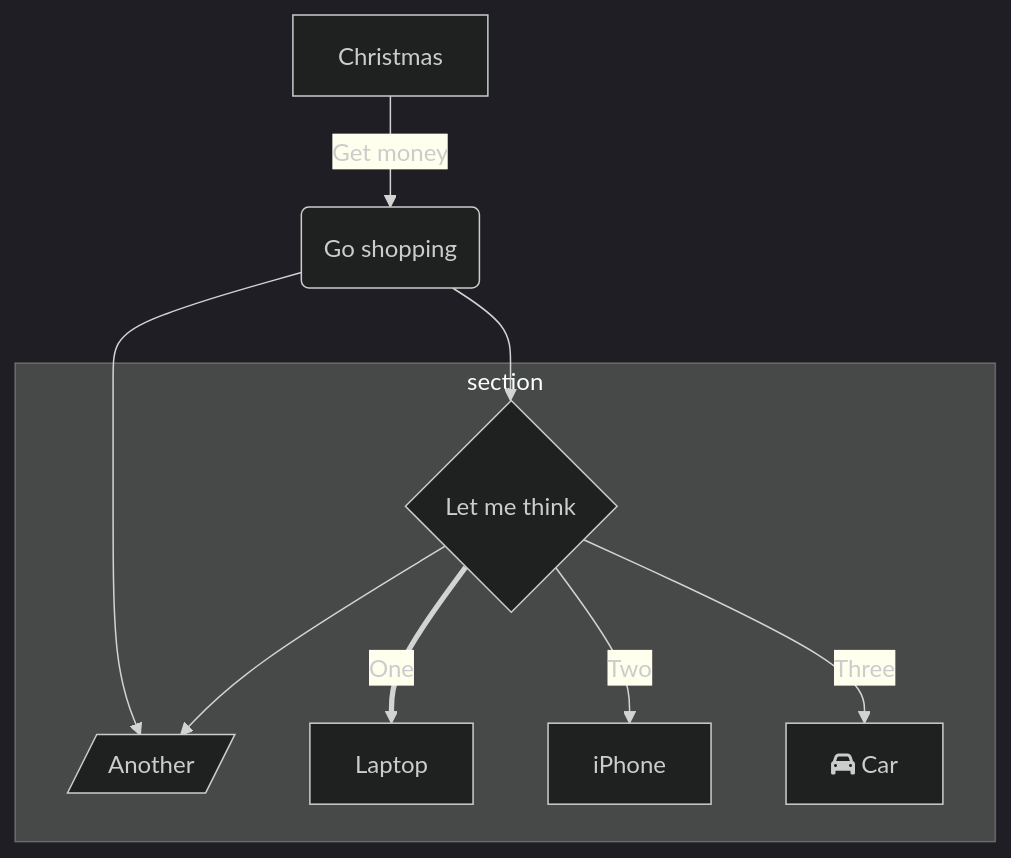
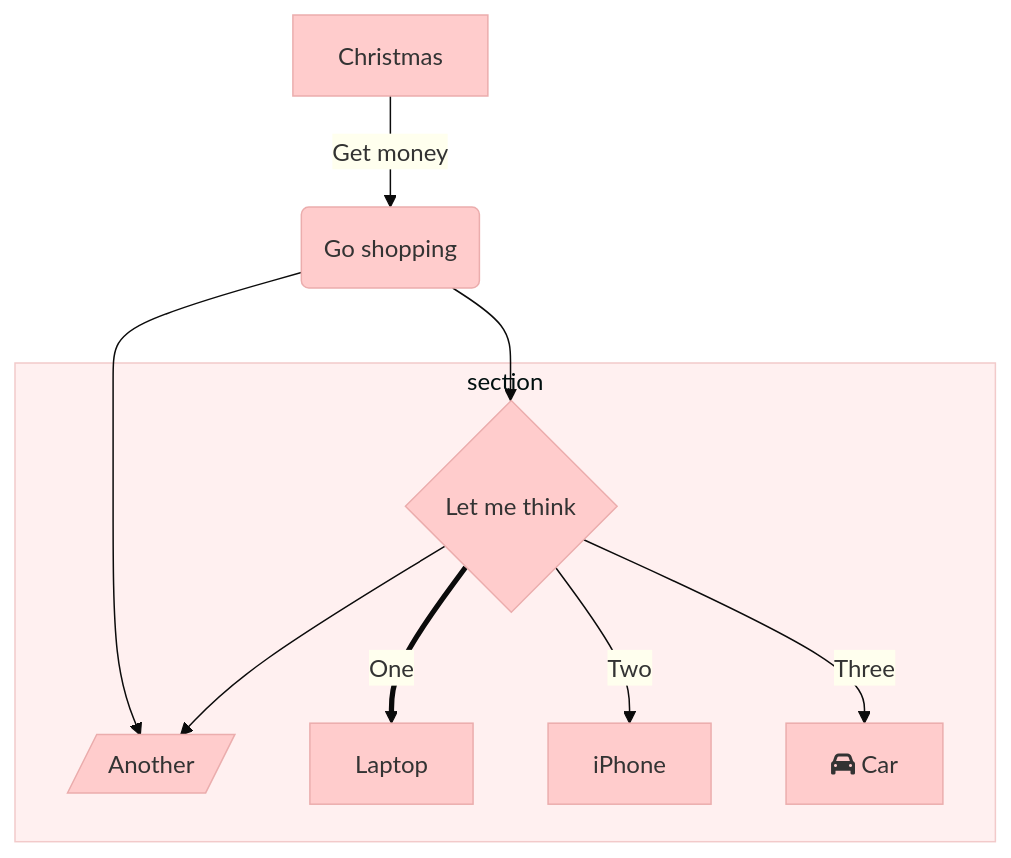
One commit to taontech/www changed the first of 5 diagrams in taon.top/content/post/even-theme-show.md. Above: the diagram before and after it, drawn with Mermaid. The commit also changed other lines of this file, not shown here.

````diff
--- a/taon.top/content/post/even-theme-show.md
+++ b/taon.top/content/post/even-theme-show.md
@@ -16,18 +16,18 @@
 ```mermaid
-%%{init: {'theme': 'dark', 'themeVariables': { 'primaryColor': '#ffcccc', 'edgeLabelBackground':'#ffffee', 'tertiaryColor': '#fff0f0'} } }%%
+%%{init: {'theme': 'base', 'themeVariables': { 'primaryColor': '#ffcccc', 'edgeLabelBackground':'#ffffee', 'tertiaryColor': '#fff0f0'} } }%%
         graph TD
           A[Christmas] -->|Get money| B(Go shopping)
           B --> C{Let me think}
           B --> G[/Another/]
           C ==>|One| D[Laptop]
           C -->|Two| E[iPhone]
           C -->|Three| F[fa:fa-car Car]
           C --> G
           subgraph section
             C
             D
             E
             F
             G
           end
 ```
````
